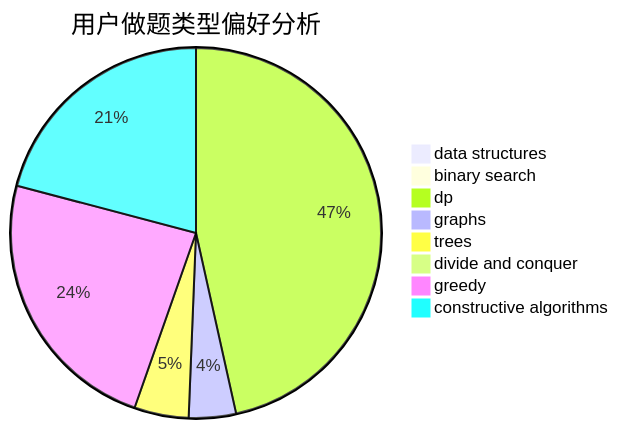
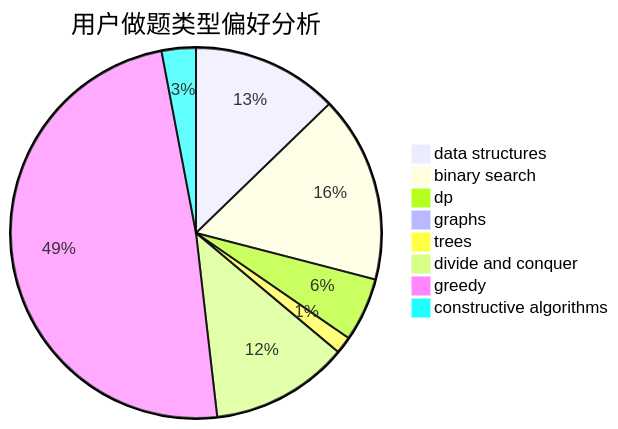
Before and after one commit to sherpahu/cfrs.github.io: the second of 3 diagrams in docs/user/u245.md, drawn with Mermaid. The commit also changed other lines of this file and 2770 other files, not shown here.

````diff
--- a/docs/user/u245.md
+++ b/docs/user/u245.md
@@ -23,11 +23,11 @@
 ```mermaid
 pie title 用户做题类型偏好分析
-    "data structures" :  0
-    "binary search" :  0
-    "dp" :  147
-    "graphs" :  13
-    "trees" :  15
-    "divide and conquer" :  0
-    "greedy" :  75
-    "constructive algorithms" :  66
+    "data structures" :  94
+    "binary search" :  120
+    "dp" :  41
+    "graphs" :  3
+    "trees" :  11
+    "divide and conquer" :  89
+    "greedy" :  360
+    "constructive algorithms" :  22
 ```
````
